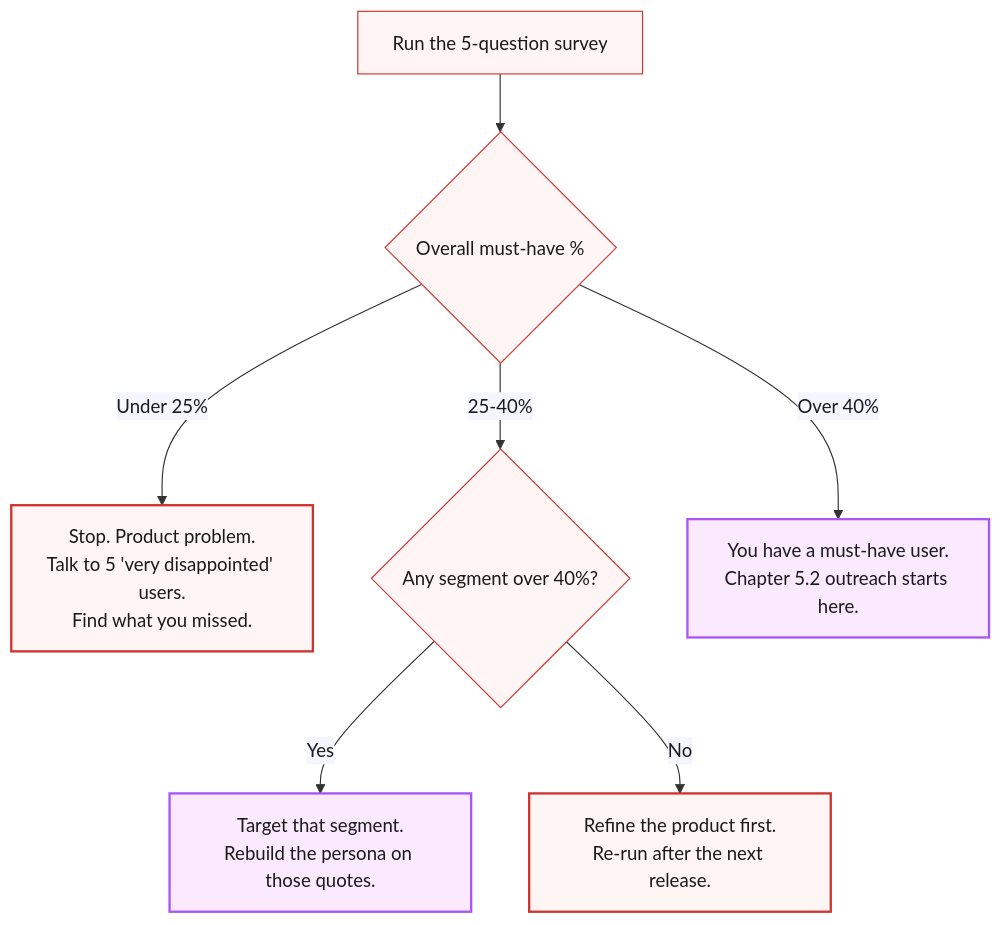
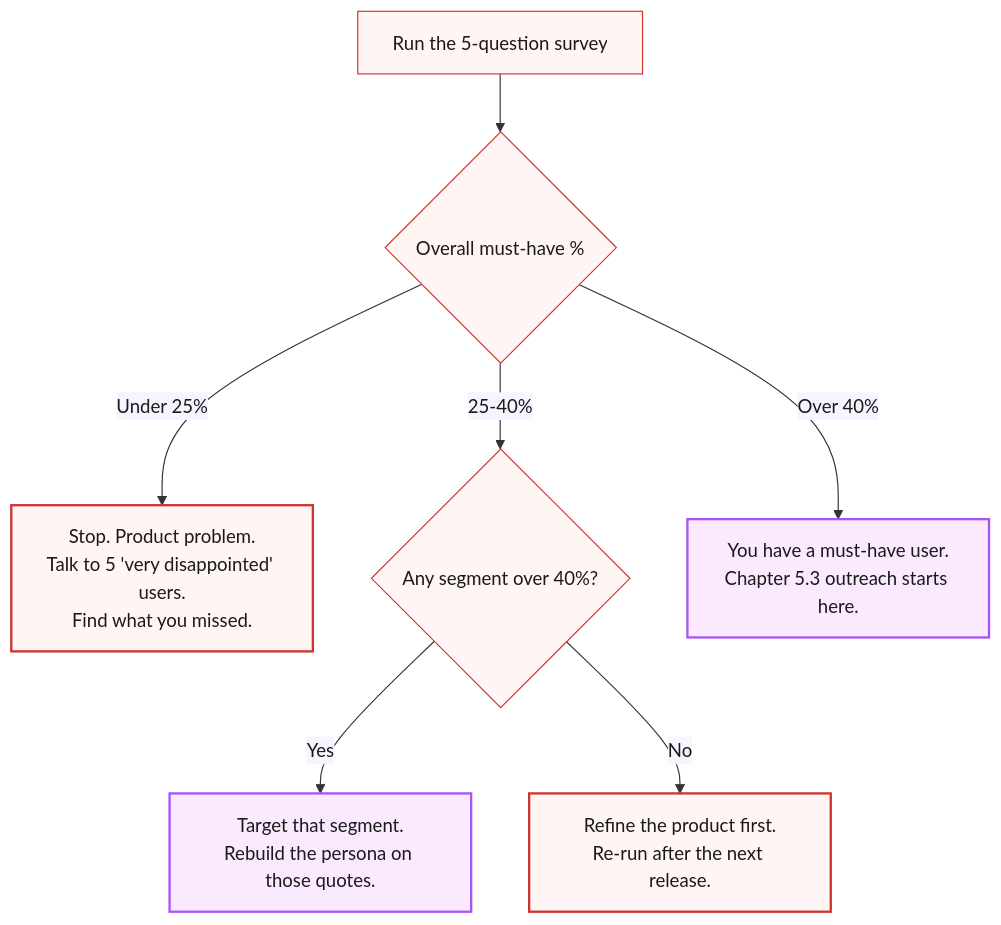
Before and after one commit to jetthoughts/jetthoughts.github.io: the diagram in content/course/tech-for-non-technical-founders-2026/must-have-segment-pmf-test/index.md, drawn with Mermaid. The commit also changed other lines of this file and 14 other files, not shown here.

````diff
--- a/content/course/tech-for-non-technical-founders-2026/must-have-segment-pmf-test/index.md
+++ b/content/course/tech-for-non-technical-founders-2026/must-have-segment-pmf-test/index.md
@@ -142,14 +144,14 @@
 ```mermaid
 %%{init: {'theme':'base', 'themeVariables': {'fontFamily':'Caveat, Patrick Hand, cursive', 'primaryColor':'#fff5f5', 'primaryBorderColor':'#cc342d', 'lineColor':'#333', 'primaryTextColor':'#1a1a1a'}}}%%
 flowchart TD
     A[Run the 5-question survey] --> B{Overall must-have %}
     B -->|Under 25%| C[Stop. Product problem.<br/>Talk to 5 'very disappointed' users.<br/>Find what you missed.]
     B -->|25-40%| D{Any segment over 40%?}
-    B -->|Over 40%| E[You have a must-have user.<br/>Chapter 5.2 outreach starts here.]
+    B -->|Over 40%| E[You have a must-have user.<br/>Chapter 5.3 outreach starts here.]
     D -->|Yes| F[Target that segment.<br/>Rebuild the persona on those quotes.]
     D -->|No| G[Refine the product first.<br/>Re-run after the next release.]
     classDef redbox fill:#fff5f5,stroke:#cc342d,stroke-width:2px;
     classDef purplebox fill:#fbe9ff,stroke:#a855f7,stroke-width:2px;
     class C,G redbox;
     class E,F purplebox;
 ```
````
